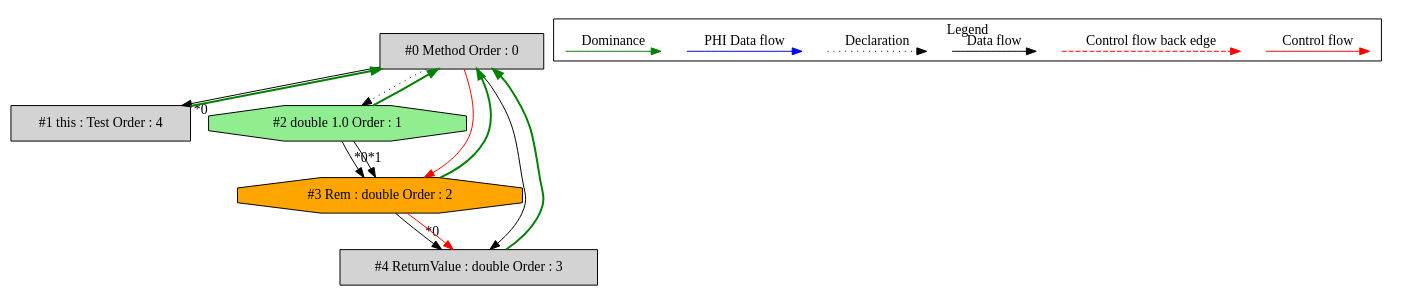
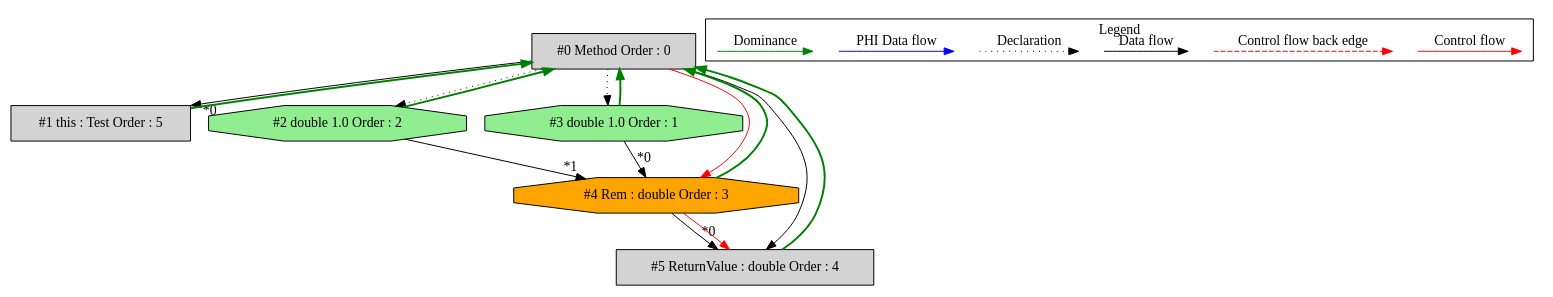
The diagram in de.mirkosertic.metair.ir.OpcodeDREMTest/test_DREM/ir_dominatortree.dot (mirkosertic/MetaIR), drawn with Graphviz before and after one commit. The commit also changed 1321 other files, not shown here.

```diff
--- a/de.mirkosertic.metair.ir.OpcodeDREMTest/test_DREM/ir_dominatortree.dot
+++ b/de.mirkosertic.metair.ir.OpcodeDREMTest/test_DREM/ir_dominatortree.dot
@@ -1,46 +1,49 @@
 digraph debugoutput {
  ordering="in";
  node0[label="#0 Method Order : 0",shape=box, fillcolor=lightgrey, style=filled];
- node1[label="#1 this : Test Order : 4",shape=box, fillcolor=lightgrey, style=filled];
+ node1[label="#1 this : Test Order : 5",shape=box, fillcolor=lightgrey, style=filled];
  node1 -> node0[dir="forward" color="green" penwidth="2"];
  node0 -> node1[headlabel="*0", labeldistance=2];
- node2[label="#2 double 1.0 Order : 1",shape=octagon, fillcolor=lightgreen, style=filled];
+ node2[label="#2 double 1.0 Order : 2",shape=octagon, fillcolor=lightgreen, style=filled];
  node2 -> node0[dir="forward" color="green" penwidth="2"];
  node0 -> node2[style=dotted];
- node3[label="#3 Rem : double Order : 2",shape=octagon, fillcolor=orange, style=filled];
+ node3[label="#3 double 1.0 Order : 1",shape=octagon, fillcolor=lightgreen, style=filled];
  node3 -> node0[dir="forward" color="green" penwidth="2"];
- node2 -> node3[headlabel="*0", labeldistance=2];
- node2 -> node3[headlabel="*1", labeldistance=2];
- node0 -> node3[labeldistance=2, color=red, fontcolor=red];
- node4[label="#4 ReturnValue : double Order : 3",shape=box, fillcolor=lightgrey, style=filled];
+ node0 -> node3[style=dotted];
+ node4[label="#4 Rem : double Order : 3",shape=octagon, fillcolor=orange, style=filled];
  node4 -> node0[dir="forward" color="green" penwidth="2"];
  node3 -> node4[headlabel="*0", labeldistance=2];
- node3 -> node4[labeldistance=2, color=red, fontcolor=red];
- node0 -> node4;
+ node2 -> node4[headlabel="*1", labeldistance=2];
+ node0 -> node4[labeldistance=2, color=red, fontcolor=red];
+ node5[label="#5 ReturnValue : double Order : 4",shape=box, fillcolor=lightgrey, style=filled];
+ node5 -> node0[dir="forward" color="green" penwidth="2"];
+ node4 -> node5[headlabel="*0", labeldistance=2];
+ node4 -> node5[labeldistance=2, color=red, fontcolor=red];
+ node0 -> node5;
  subgraph cluster_000 {
   label = "Legend";
   node [shape=point]
   {
    rank=same;
    c0 [style = invis];
    c1 [style = invis];
    c2 [style = invis];
    c3 [style = invis];
    d0 [style = invis];
    d1 [style = invis];
    d2 [style = invis];
    d3 [style = invis];
    d4 [style = invis];
    d5 [style = invis];
    d6 [style = invis];
    d7 [style = invis];
   }
   c0 -> c1 [label="Control flow", style=solid, color=red]
   c2 -> c3 [label="Control flow back edge", style=dashed, color=red]
   d0 -> d1 [label="Data flow"]
   d2 -> d3 [label="Declaration", style=dotted]
   d4 -> d5 [label="PHI Data flow", color=blue]
   d6 -> d7 [label="Dominance", color=green]
  }
 
 }
```
